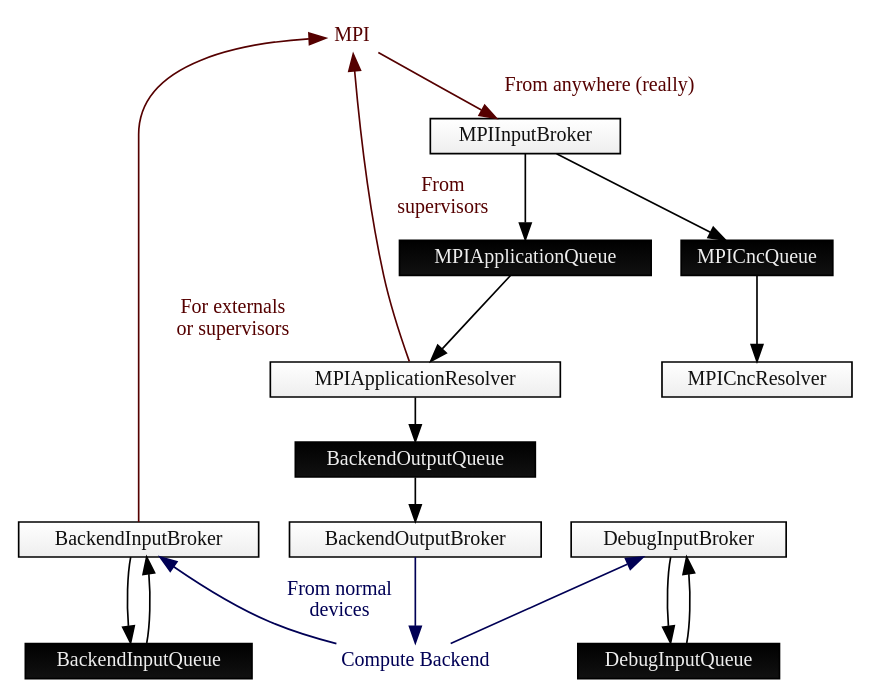
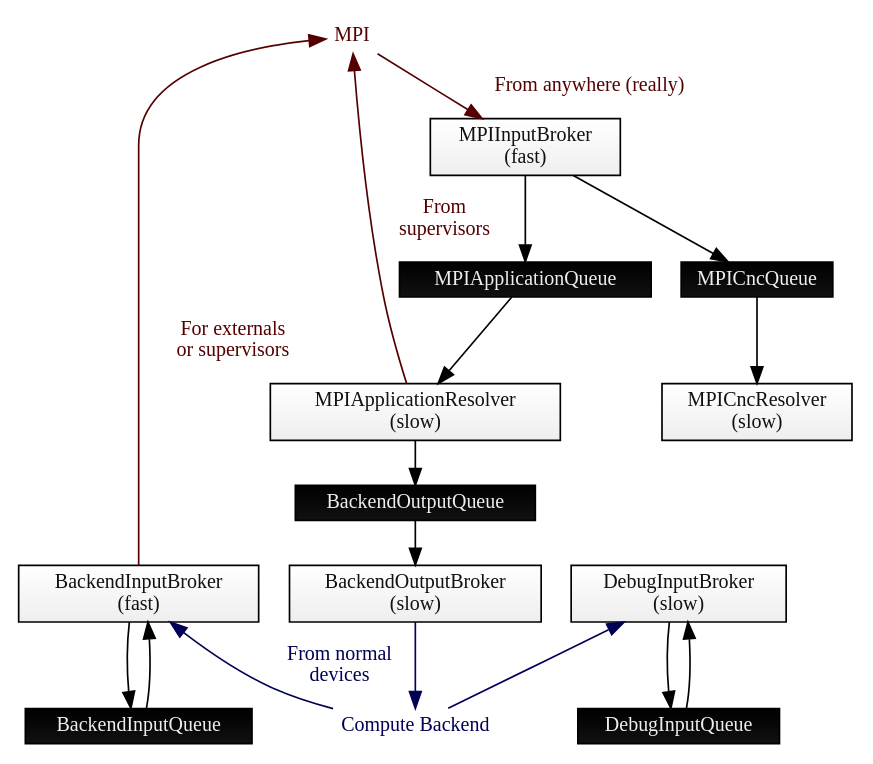
Before and after one commit to POETSII/orchestrator-documentation: the diagram in images/source/mothership_producer_consumer.dot, drawn with Graphviz. The commit also changed 1 other file, not shown here.

Commit message:
Add fast/slow spinner discrepancy to figure 1.

```diff
--- a/images/source/mothership_producer_consumer.dot
+++ b/images/source/mothership_producer_consumer.dot
@@ -1,87 +1,87 @@
 digraph G {
 
     fontname="Inconsolata";
     fontsize=12;
     margin=0;
     ranksep=0.35;
 
     // Threads
     node[color="#000000",
          fillcolor="#ffffff:#eeeeee",
          fontcolor="#111111",
          fontname="Inconsolata",
          fontsize=12,
          gradientangle=270,
          height=0,
          margin=0.05;
          penwidth=1;
          shape="rect",
          style="filled",
          width=0];
 
-    MPIInputBroker;
-    MPICncResolver;
-    MPIApplicationResolver;
-    BackendOutputBroker;
-    BackendInputBroker;
-    DebugInputBroker;
+    MPIInputBroker[label="MPIInputBroker\n(fast)"];
+    MPICncResolver[label="MPICncResolver\n(slow)"];
+    MPIApplicationResolver[label="MPIApplicationResolver\n(slow)"];
+    BackendOutputBroker[label="BackendOutputBroker\n(slow)"];
+    BackendInputBroker[label="BackendInputBroker\n(fast)"];
+    DebugInputBroker[label="DebugInputBroker\n(slow)"];
 
     // Queues
     node[color="#000000",
          fillcolor="#000000:#111111",
          fontcolor="#eeeeee"];
 
     MPIApplicationQueue;
     MPICncQueue;
     BackendOutputQueue;
     BackendInputQueue;
     DebugInputQueue;
 
     // Communication Buses
     node[color="#FFFFFF",
          fillcolor="#FFFFFF"];
 
     MPI [fontcolor="#550000"];
     Backend [label="Compute Backend", fontcolor="#000055"];
 
     // Producer-consumer relationship
     edge[color="#000000",
          fontname="Inconsolata",
          fontsize=12;
          penwidth=1];
 
     MPIInputBroker -> MPIApplicationQueue;
     MPIInputBroker -> MPICncQueue;
     MPICncQueue -> MPICncResolver;
     MPIApplicationQueue -> MPIApplicationResolver;
     MPIApplicationResolver -> BackendOutputQueue;
     BackendOutputQueue -> BackendOutputBroker;
     BackendInputBroker -> BackendInputQueue;
     BackendInputQueue -> BackendInputBroker;
     DebugInputBroker -> DebugInputQueue;
     DebugInputQueue -> DebugInputBroker;
 
     // MPI
     edge[color="#550000",
          fontcolor="#550000"];
 
     MPI -> MPIInputBroker [label=" From anywhere (really)"];
     MPIApplicationResolver -> MPI [label=" From\nsupervisors"];
     //MPICncResolver -> MPI;
     BackendInputBroker -> MPI [label=" For externals\n or supervisors"];
     //DebugInputBroker -> MPI;
 
     // Backend
     edge[color="#000055",
          fontcolor="#000055"];
 
     Backend -> BackendInputBroker [label="From normal\ndevices"];
     Backend -> DebugInputBroker;
     BackendOutputBroker -> Backend;
 
     // Movement
     { rank=min; MPI; }
     { rank=max; Backend; }
     { rank=same; BackendInputQueue; DebugInputQueue; }
     { rank=same; BackendInputBroker; DebugInputBroker; }
 }
```
